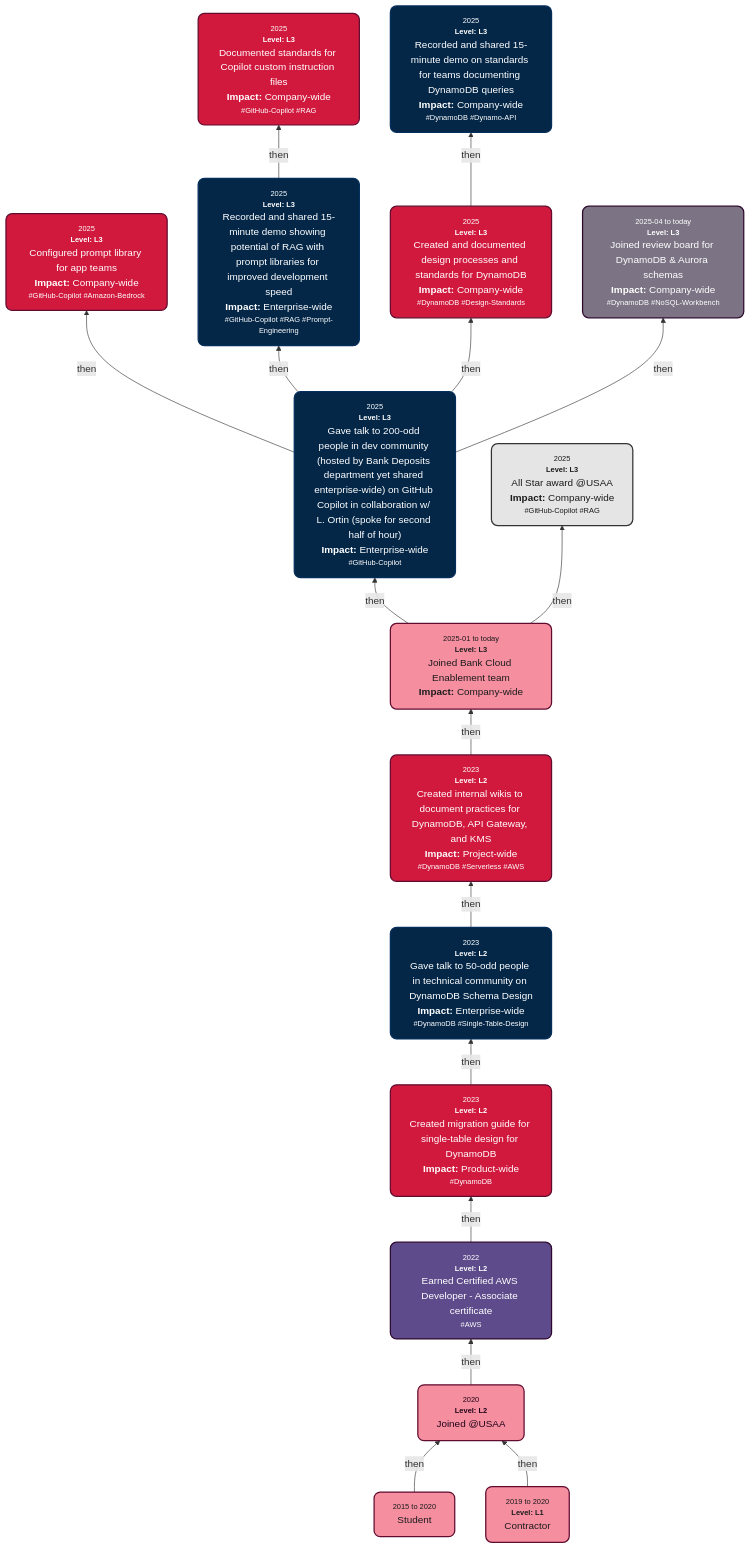
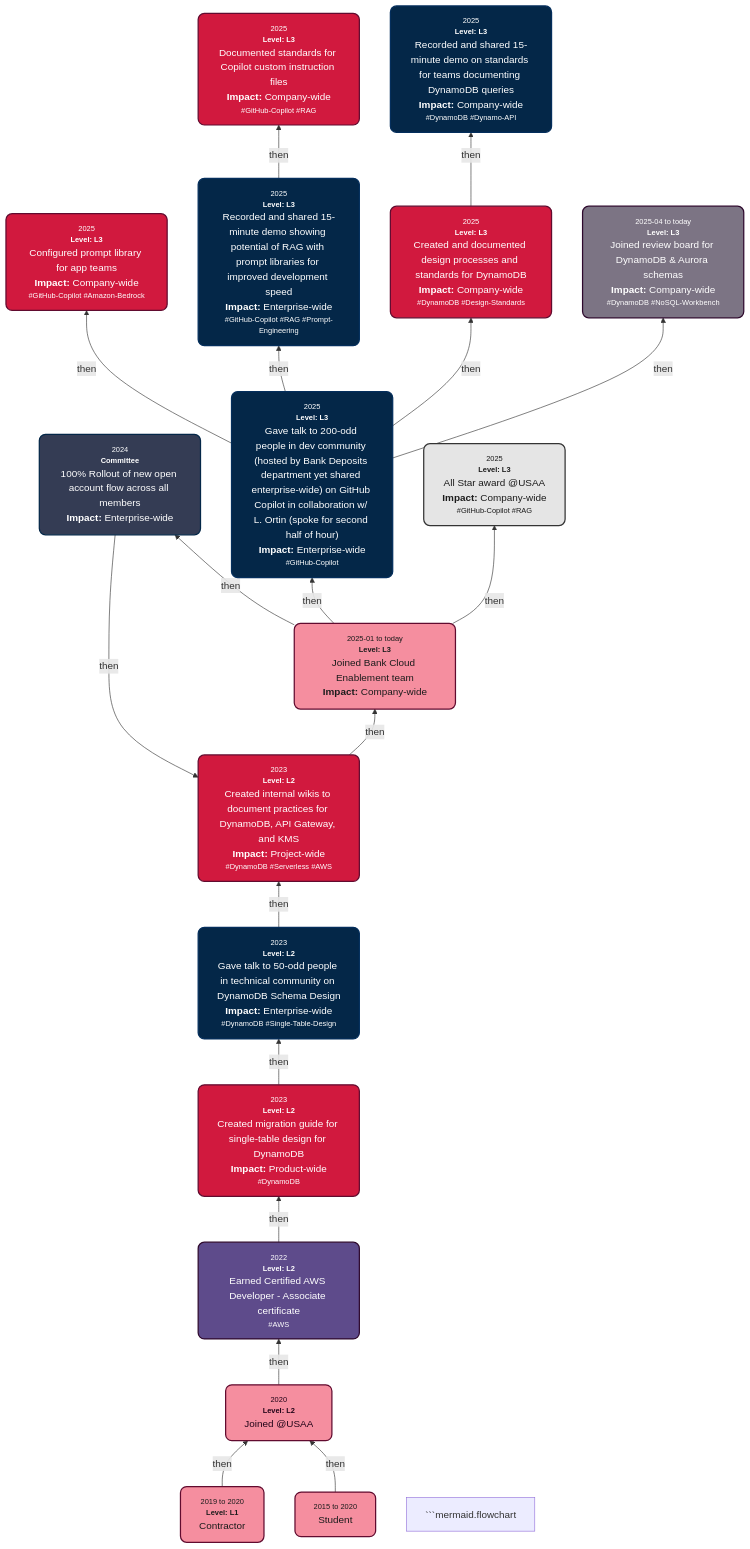
The first of 2 diagrams in README.md (s-sepanski/portfolio), drawn with Mermaid before and after one commit. The commit also changed other lines of this file and 1 other file, not shown here.

````diff
--- a/README.md
+++ b/README.md
@@ -40,36 +40,41 @@
 ```mermaid
 graph BT
     PreStudentNode["<div style='font-size:75%;  color:#848484; text-align:center;'>2015 to 2020</div>Student"] -->|then| A["<div style='font-size:75%; color:#848484; text-align:center;'>2020</div><div style='font-size:75%; color:#848484; text-align:center;'><b>Level: L2</b><br/></div>Joined @USAA<br>"]
     ContractorNode["<div style='font-size:75%; color:#848484; text-align:center;'>2019 to 2020</div><div style='font-size:75%; color:#848484; text-align:center;'><b>Level: L1</b></div>Contractor"] -->|then| A
     A -->|then| Credential1["<div style='font-size:75%; color:#848484; text-align:center;'>2022</div><div style='font-size:75%; color:#848484; text-align:center;'><b>Level: L2</b></div>Earned Certified AWS Developer - Associate certificate<br/><div style='font-size:75%; color:#848484; text-align:center;'>#AWS</div>"]
     Credential1 -->|then| Creation1["<div style='font-size:75%; color:#848484; text-align:center;'>2023</div><div style='font-size:75%; color:#848484; text-align:center;'><b>Level: L2</b><br/></div>Created migration guide for single-table design for DynamoDB<br/><b>Impact: </b>Product-wide<div style='font-size:75%; color:#848484; text-align:center;'>#DynamoDB<br/></div>"]
     Creation1 -->|then| Chat["<div style='font-size:75%; color:#848484; text-align:center;'>2023</div><div style='font-size:75%; color:#848484; text-align:center;'><b>Level: L2</b><br/></div>Gave talk to 50-odd people in technical community on DynamoDB Schema Design<br/><b>Impact: </b>Enterprise-wide<div style='font-size:75%; color:#848484; text-align:center;'>#DynamoDB #Single-Table-Design<br/></div>"]
     Chat -->|then| Creation2["<div style='font-size:75%; color:#848484; text-align:center;'>2023</div><div style='font-size:75%; color:#848484; text-align:center;'><b>Level: L2</b><br/></div>Created internal wikis to document practices for DynamoDB, API Gateway, and KMS<br/><b>Impact: </b>Project-wide<div style='font-size:75%; color:#848484; text-align:center;'>#DynamoDB #Serverless #AWS<br/></div>"]
     Creation2 -->|then| B["<div style='font-size:75%; color:#848484; text-align:center;'>2025-01 to today</div><div style='font-size:75%; color:#848484; text-align:center;'><b>Level: L3</b><br/></div>Joined Bank Cloud Enablement team<br/><b>Impact: </b>Company-wide"]
+    B -->|then| CommitteeNode["<div style='font-size:75%; color:#848484; text-align:center;'>2024</div><div style='font-size:75%; color:#848484; text-align:center;'><b>Committee</b></div>100% Rollout of new open account flow across all members<br/><b>Impact: </b>Enterprise-wide"]
+    CommitteeNode -->|then| Creation2
     B -->|then| C["<div style='font-size:75%; color:#848484; text-align:center;'>2025</div><div style='font-size:75%; color:#848484; text-align:center;'><b>Level: L3</b><br/></div>Gave talk to 200-odd people in dev community (hosted by Bank Deposits department yet shared enterprise-wide) on GitHub Copilot in collaboration w/ L. Ortin (spoke for second half of hour)<br/><b>Impact: </b>Enterprise-wide<div style='font-size:75%; color:#848484; text-align:center;'>#GitHub-Copilot<br/></div>"]
     C -->|then| CreationPromptLib["<div style='font-size:75%; color:#848484; text-align:center;'>2025</div><div style='font-size:75%; color:#848484; text-align:center;'><b>Level: L3</b><br/></div>Configured prompt library for app teams<br/><b>Impact: </b>Company-wide<div style='font-size:75%; color:#848484; text-align:center;'>#GitHub-Copilot #Amazon-Bedrock<br/></div>"]
     C -->|then| D["<div style='font-size:75%; color:#848484; text-align:center;'>2025</div><div style='font-size:75%; color:#848484; text-align:center;'><b>Level: L3</b><br/></div>Recorded and shared 15-minute demo showing potential of RAG with prompt libraries for improved development speed<br/><b>Impact: </b>Enterprise-wide<div style='font-size:75%; color:#848484; text-align:center;'>#GitHub-Copilot #RAG #Prompt-Engineering<br/></div>"]
     C -->|then| CreationDesign["<div style='font-size:75%; color:#848484; text-align:center;'>2025</div><div style='font-size:75%; color:#848484; text-align:center;'><b>Level: L3</b><br/></div>Created and documented design processes and standards for DynamoDB<br/><b>Impact: </b>Company-wide<div style='font-size:75%; color:#848484; text-align:center;'>#DynamoDB #Design-Standards<br/></div>"]
     CreationDesign -->|then| Chat2["<div style='font-size:75%; color:#848484; text-align:center;'>2025</div><div style='font-size:75%; color:#848484; text-align:center;'><b>Level: L3</b><br/></div>Recorded and shared 15-minute demo on standards for teams documenting DynamoDB queries<br/><b>Impact: </b>Company-wide<div style='font-size:75%; color:#848484; text-align:center;'>#DynamoDB #Dynamo-API<br/></div>"]
     B -->|then| E["<div style='font-size:75%; color:#848484; text-align:center;'>2025</div><div style='font-size:75%; color:#848484; text-align:center;'><b>Level: L3</b><br/></div>All Star award @USAA<br/><b>Impact: </b>Company-wide<div style='font-size:75%; color:#848484; text-align:center;'>#GitHub-Copilot #RAG<br/></div>"]
     C -->|then| F["<div style='font-size:75%; color:#848484; text-align:center;'>2025-04 to today</div><div style='font-size:75%; color:#848484; text-align:center;'><b>Level: L3</b><br/></div>Joined review board for DynamoDB & Aurora schemas<br/><b>Impact: </b>Company-wide<div style='font-size:75%; color:#848484; text-align:center;'>#DynamoDB #NoSQL-Workbench<br/></div>"]
     D -->|then| G["<div style='font-size:75%; color:#848484; text-align:center;'>2025</div><div style='font-size:75%; color:#848484; text-align:center;'><b>Level: L3</b><br/></div>Documented standards for Copilot custom instruction files<br/><b>Impact: </b>Company-wide<div style='font-size:75%; color:#848484; text-align:center;'>#GitHub-Copilot #RAG<br/></div>"]
     style PreStudentNode fill:#f58e9f,stroke:#610b2f,stroke-width:2px,color:#1c1c1c
     style ContractorNode fill:#f58e9f,stroke:#610b2f,stroke-width:2px,color:#1c1c1c
     style A fill:#f58e9f,stroke:#610b2f,stroke-width:2px,color:#230519
     style Credential1 fill:#5e4b8b,stroke:#2e092d,stroke-width:2px,color:#FFFFFF
     style Creation1 fill:#d1193e,stroke:#610b2f,stroke-width:2px,color:#FFFFFF
     style Chat fill:#042748,stroke:#042e5c,stroke-width:2px,color:#FFFFFF
     style Creation2 fill:#d1193e,stroke:#610b2f,stroke-width:2px,color:#FFFFFF
     style B fill:#f58e9f,stroke:#610b2f,stroke-width:2px,color:#1c1c1c
     style C fill:#042748,stroke:#042e5c,stroke-width:2px,color:#FFFFFF
     style D fill:#042748,stroke:#042e5c,stroke-width:2px,color:#FFFFFF
     style E fill:#e5e5e5,stroke:#343434,stroke-width:2px,color:#1c1c1c
     style F fill:#7c7484,stroke:#2e092d,stroke-width:2px,color:#FFFFFF
     style G fill:#d1193e,stroke:#610b2f,stroke-width:2px,color:#FFFFFF
     style Chat2 fill:#042748,stroke:#042e5c,stroke-width:2px,color:#FFFFFF
     style CreationPromptLib fill:#d1193e,stroke:#610b2f,stroke-width:2px,color:#FFFFFF
     style CreationDesign fill:#d1193e,stroke:#610b2f,stroke-width:2px,color:#FFFFFF
+    style CommitteeNode fill:#343c54,stroke:#042748,stroke-width:2px,color:#FFFFFF
     classDef rounded stroke-width:2px,rx:10,ry:10;
-    class PreStudentNode,ContractorNode,A,Credential1,Creation1,Chat,Creation2,B,C,D,E,F,G,Chat2,CreationPromptLib,CreationDesign rounded;
+    class PreStudentNode,ContractorNode,A,Credential1,Creation1,Chat,Creation2,B,C,D,E,F,G,Chat2,CreationPromptLib,CreationDesign,CommitteeNode rounded;
+```mermaid.flowchart
+
 ```
````
